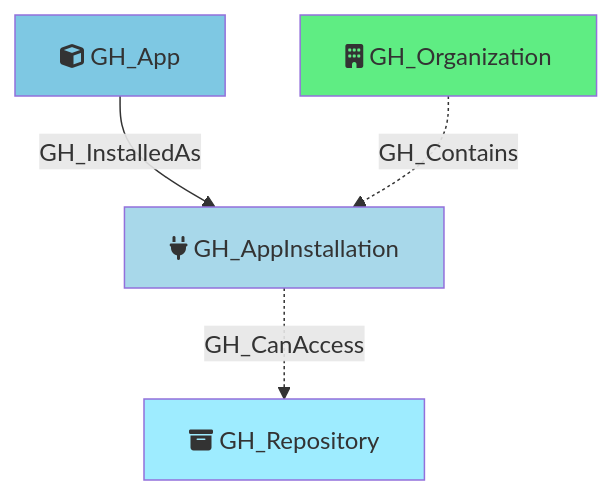
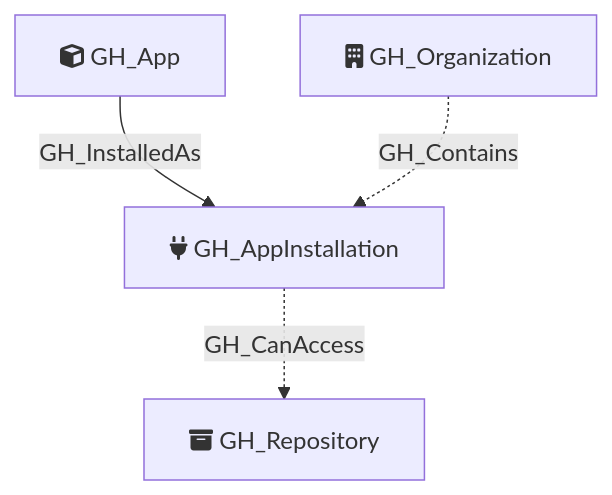
The diagram in Documentation/NodeDescriptions/GH_App.md (SpecterOps/GitHound), drawn with Mermaid before and after one commit. The commit also changed 23 other files, not shown here.

Commit message:
rm mermaid box colors

````diff
--- a/Documentation/NodeDescriptions/GH_App.md
+++ b/Documentation/NodeDescriptions/GH_App.md
@@ -45,16 +45,12 @@
 ```mermaid
 flowchart TD
     GH_App[fa:fa-cube GH_App]
     GH_AppInstallation[fa:fa-plug GH_AppInstallation]
     GH_Repository[fa:fa-box-archive GH_Repository]
     GH_Organization[fa:fa-building GH_Organization]
 
     GH_App -->|GH_InstalledAs| GH_AppInstallation
     GH_Organization -.->|GH_Contains| GH_AppInstallation
     GH_AppInstallation -.->|GH_CanAccess| GH_Repository
 
-    style GH_App fill:#7EC8E3
-    style GH_AppInstallation fill:#A8D8EA
-    style GH_Organization fill:#5FED83
-    style GH_Repository fill:#9EECFF
 ```
````
